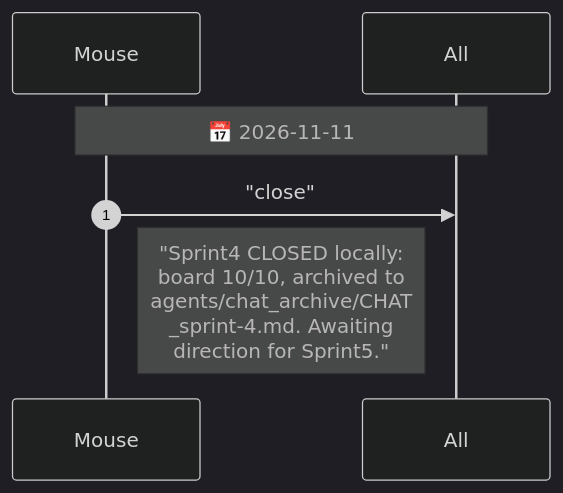
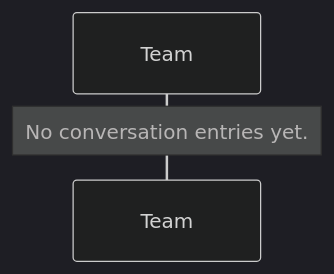
One commit to drusifer/dm-reloaded changed the diagram in agents/CHAT.diagram.md. Above: the diagram before and after it, drawn with Mermaid (dark theme). The commit also changed 101 other files, not shown here.

````diff
--- a/agents/CHAT.diagram.md
+++ b/agents/CHAT.diagram.md
@@ -5,10 +5,5 @@
 ```mermaid
 %%{init: {"sequence": {"messageFontSize": 14, "noteFontSize": 18, "actorFontSize": 14}}}%%
 sequenceDiagram
-    autonumber
-    participant Mouse
-    participant All
-    Note over Mouse,All: 📅 2026-11-11
-    Mouse->>All: "close"
-    Note right of Mouse: "Sprint4 CLOSED locally:<br/>board 10/10, archived to<br/>agents/chat_archive/CHAT<br/>_sprint-4.md. Awaiting<br/>direction for Sprint5."
+    Note over Team: No conversation entries yet.
 ```
````
